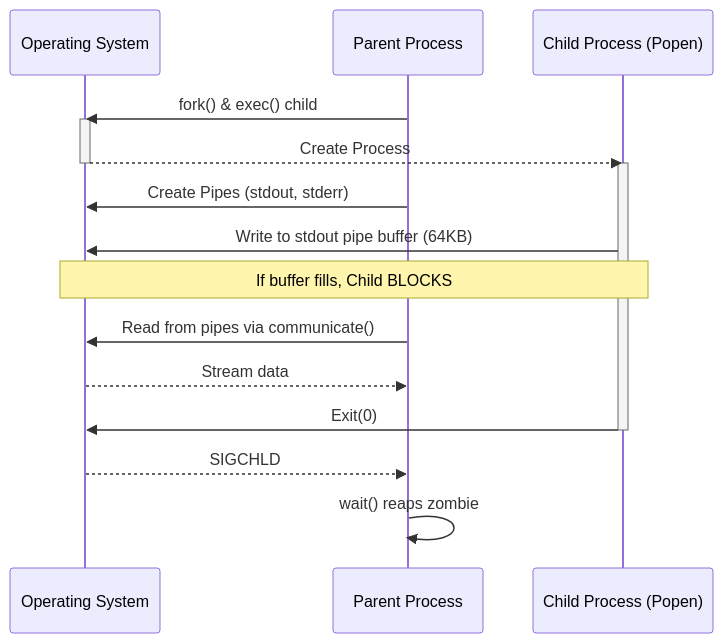
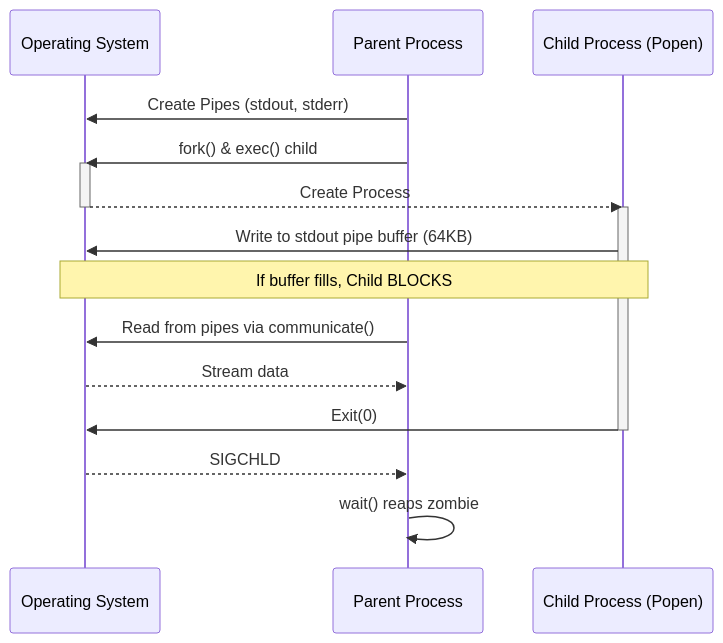
One commit to jithinpnjm/nvidia-devops changed the second of 2 diagrams in docs/volume-02/02-python-systems-concurrency-masterclass.md. Above: the diagram before and after it, drawn with Mermaid. The commit also changed other lines of this file and 289 other files, not shown here.

````diff
--- a/docs/volume-02/02-python-systems-concurrency-masterclass.md
+++ b/docs/volume-02/02-python-systems-concurrency-masterclass.md
@@ -205,21 +205,21 @@
 ```mermaid
 sequenceDiagram
     participant OS as Operating System
     participant Python as Parent Process
     participant Sub as Child Process (Popen)
 
+    Python->>OS: Create Pipes (stdout, stderr)
     Python->>OS: fork() & exec() child
     activate OS
     OS-->>Sub: Create Process
     deactivate OS
     activate Sub
-    Python->>OS: Create Pipes (stdout, stderr)
     Sub->>OS: Write to stdout pipe buffer (64KB)
     Note over Sub, OS: If buffer fills, Child BLOCKS
     Python->>OS: Read from pipes via communicate()
     OS-->>Python: Stream data
     Sub->>OS: Exit(0)
     deactivate Sub
     OS-->>Python: SIGCHLD
     Python->>Python: wait() reaps zombie
 ```
````
